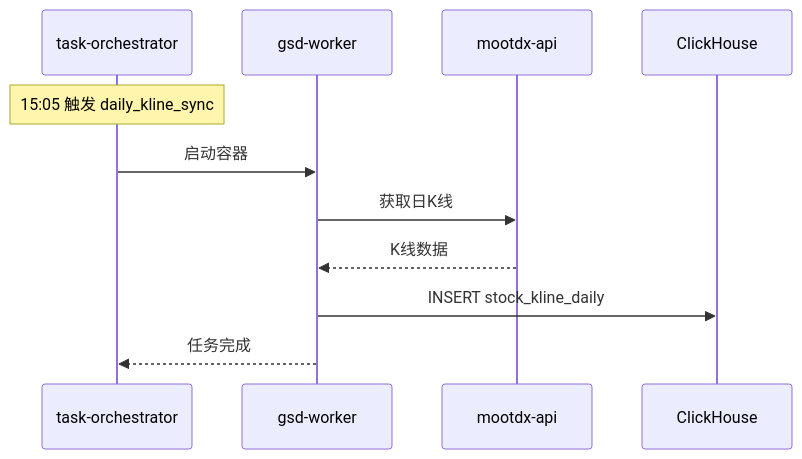
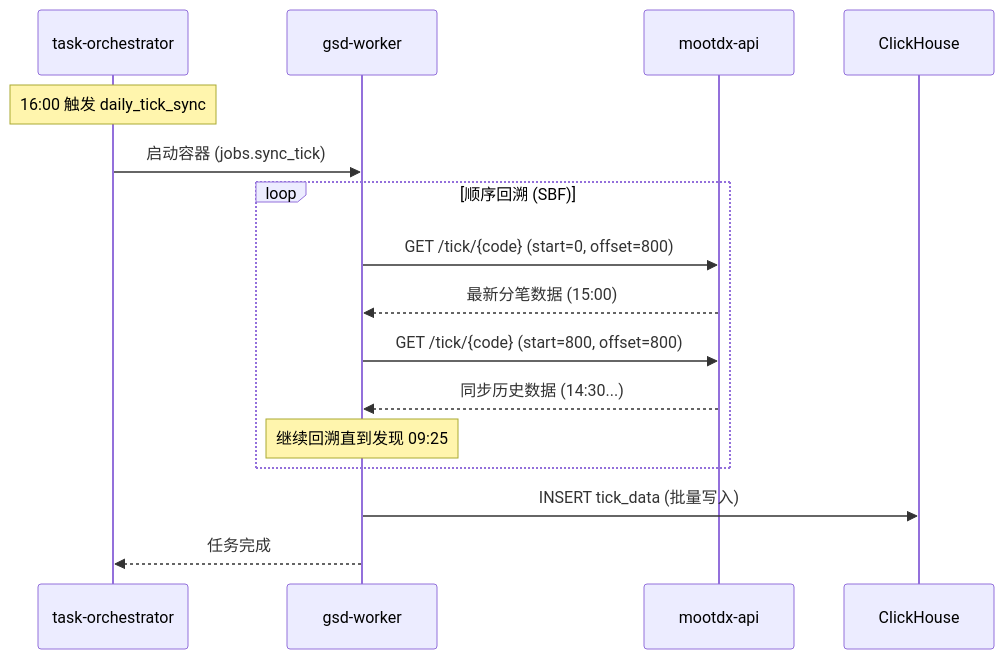
The third of 6 diagrams in docs/ai_context/DATA_FLOW.md (bxgh/microservice-stock-ck), drawn with Mermaid before and after one commit. The commit also changed other lines of this file and 5 other files, not shown here.

Commit message:
docs(ai-context): synthesize SBF strategy and full market sync lessons for AI continuity

````diff
--- a/docs/ai_context/DATA_FLOW.md
+++ b/docs/ai_context/DATA_FLOW.md
@@ -88,14 +88,21 @@
 ```mermaid
 sequenceDiagram
     participant TO as task-orchestrator
     participant GW as gsd-worker
-    participant MOOTDX as mootdx-api
+    participant MAPI as mootdx-api
     participant CH as ClickHouse
     
-    Note over TO: 15:05 触发 daily_kline_sync
-    TO->>GW: 启动容器
-    GW->>MOOTDX: 获取日K线
-    MOOTDX-->>GW: K线数据
-    GW->>CH: INSERT stock_kline_daily
+    Note over TO: 16:00 触发 daily_tick_sync
+    TO->>GW: 启动容器 (jobs.sync_tick)
+    
+    loop 顺序回溯 (SBF)
+        GW->>MAPI: GET /tick/{code} (start=0, offset=800)
+        MAPI-->>GW: 最新分笔数据 (15:00)
+        GW->>MAPI: GET /tick/{code} (start=800, offset=800)
+        MAPI-->>GW: 同步历史数据 (14:30...)
+        Note over GW: 继续回溯直到发现 09:25
+    end
+    
+    GW->>CH: INSERT tick_data (批量写入)
     GW-->>TO: 任务完成
 ```
````
